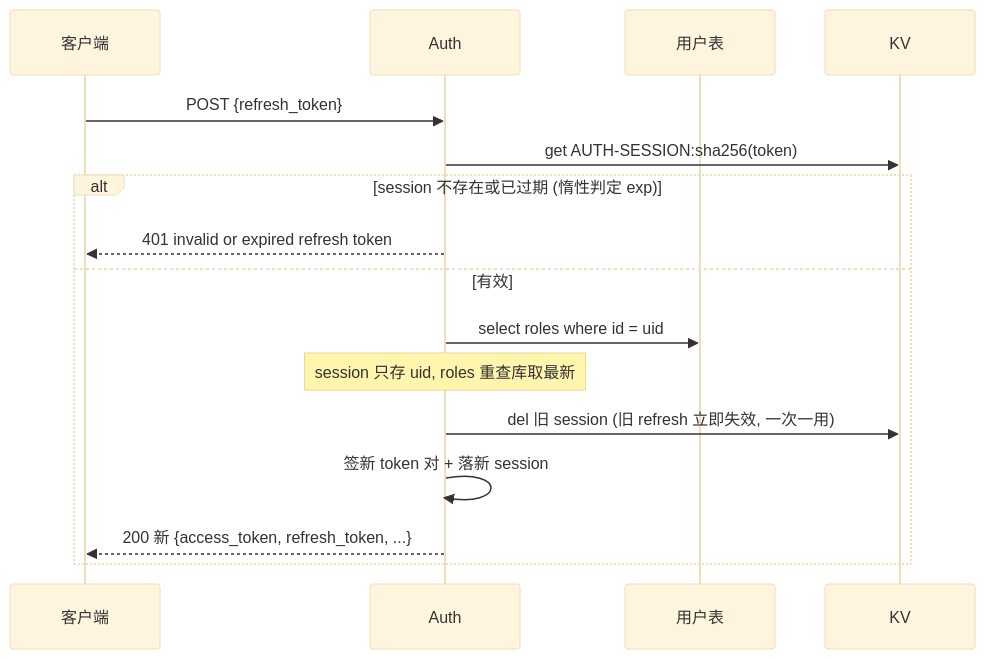
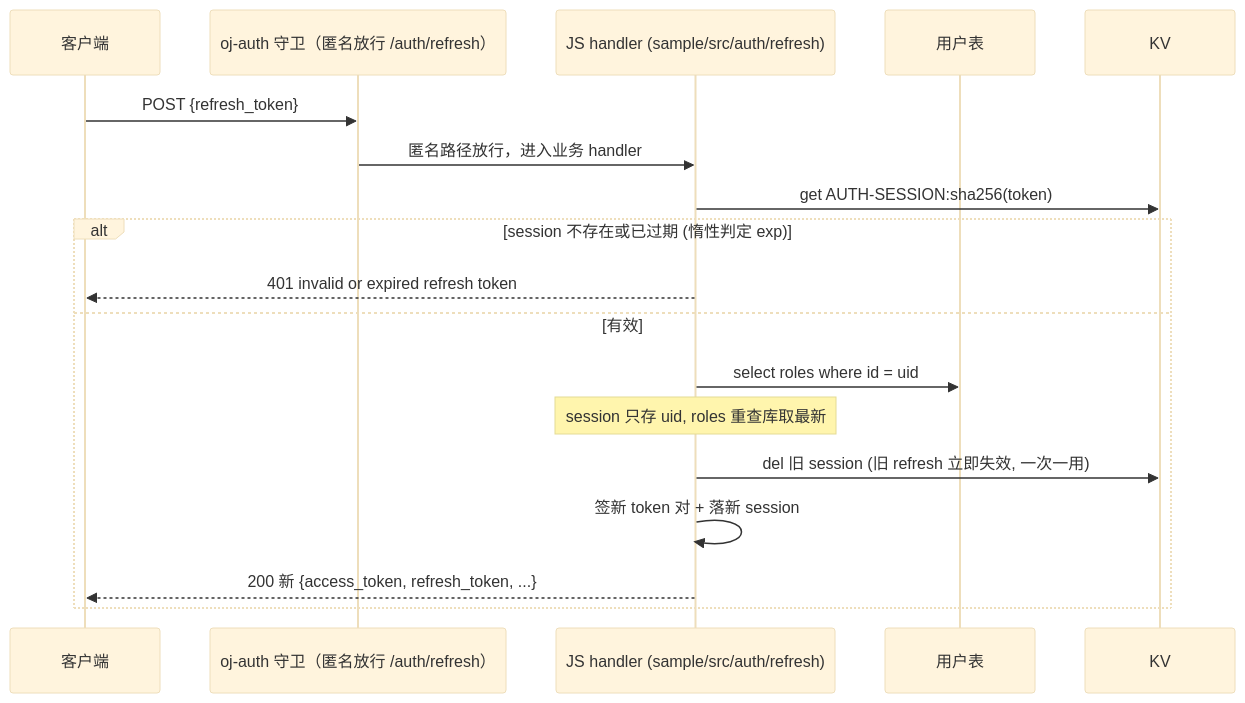
One commit to everpan/oj-bin changed the third of 4 diagrams in docs/builtin-api-auth.md. Above: the diagram before and after it, drawn with Mermaid (base theme). The commit also changed other lines of this file and 10 other files, not shown here.

````diff
--- a/docs/builtin-api-auth.md
+++ b/docs/builtin-api-auth.md
@@ -84,19 +87,21 @@
 ```mermaid
 sequenceDiagram
     participant C as 客户端
-    participant S as Auth
+    participant G as oj-auth 守卫（匿名放行 /auth/refresh）
+    participant J as JS handler (sample/src/auth/refresh)
     participant DB as 用户表
     participant KV as KV
 
-    C->>S: POST {refresh_token}
-    S->>KV: get AUTH-SESSION:sha256(token)
+    C->>G: POST {refresh_token}
+    G->>J: 匿名路径放行，进入业务 handler
+    J->>KV: get AUTH-SESSION:sha256(token)
     alt session 不存在或已过期 (惰性判定 exp)
-        S-->>C: 401 invalid or expired refresh token
+        J-->>C: 401 invalid or expired refresh token
     else 有效
-        S->>DB: select roles where id = uid
-        Note over S: session 只存 uid, roles 重查库取最新
-        S->>KV: del 旧 session (旧 refresh 立即失效, 一次一用)
-        S->>S: 签新 token 对 + 落新 session
-        S-->>C: 200 新 {access_token, refresh_token, ...}
+        J->>DB: select roles where id = uid
+        Note over J: session 只存 uid, roles 重查库取最新
+        J->>KV: del 旧 session (旧 refresh 立即失效, 一次一用)
+        J->>J: 签新 token 对 + 落新 session
+        J-->>C: 200 新 {access_token, refresh_token, ...}
     end
 ```
````
